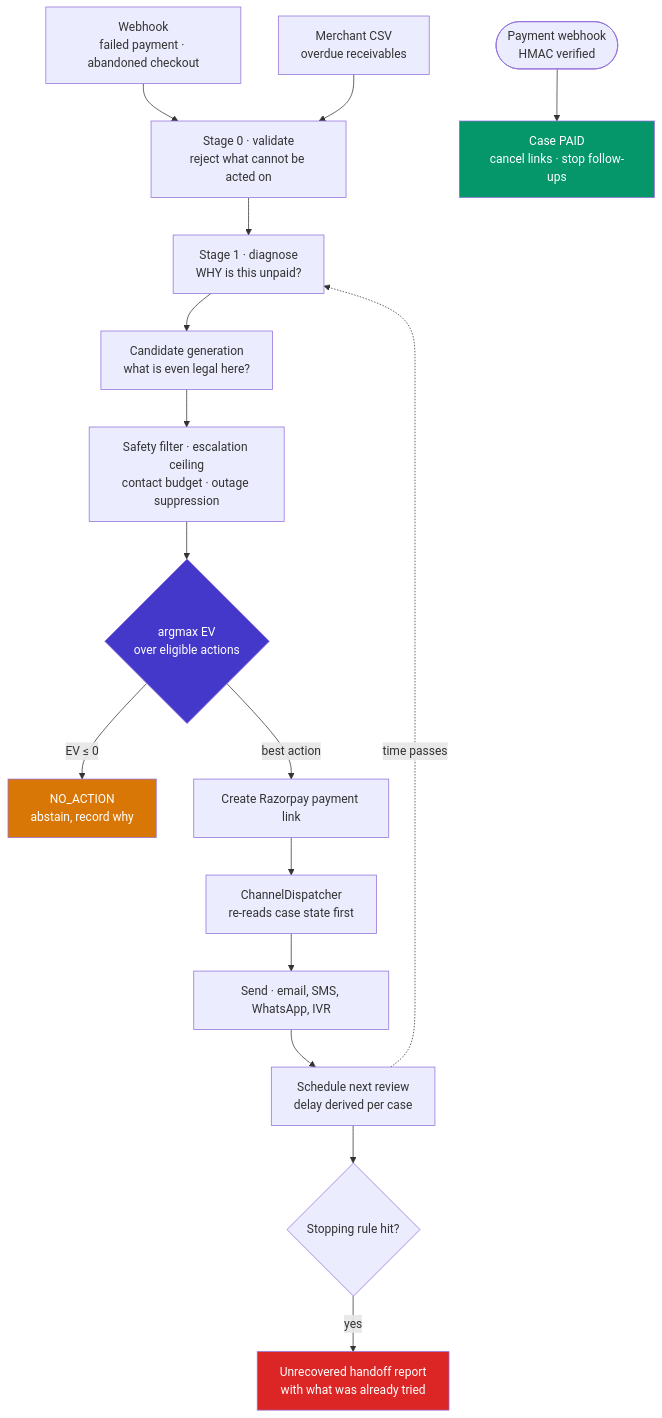
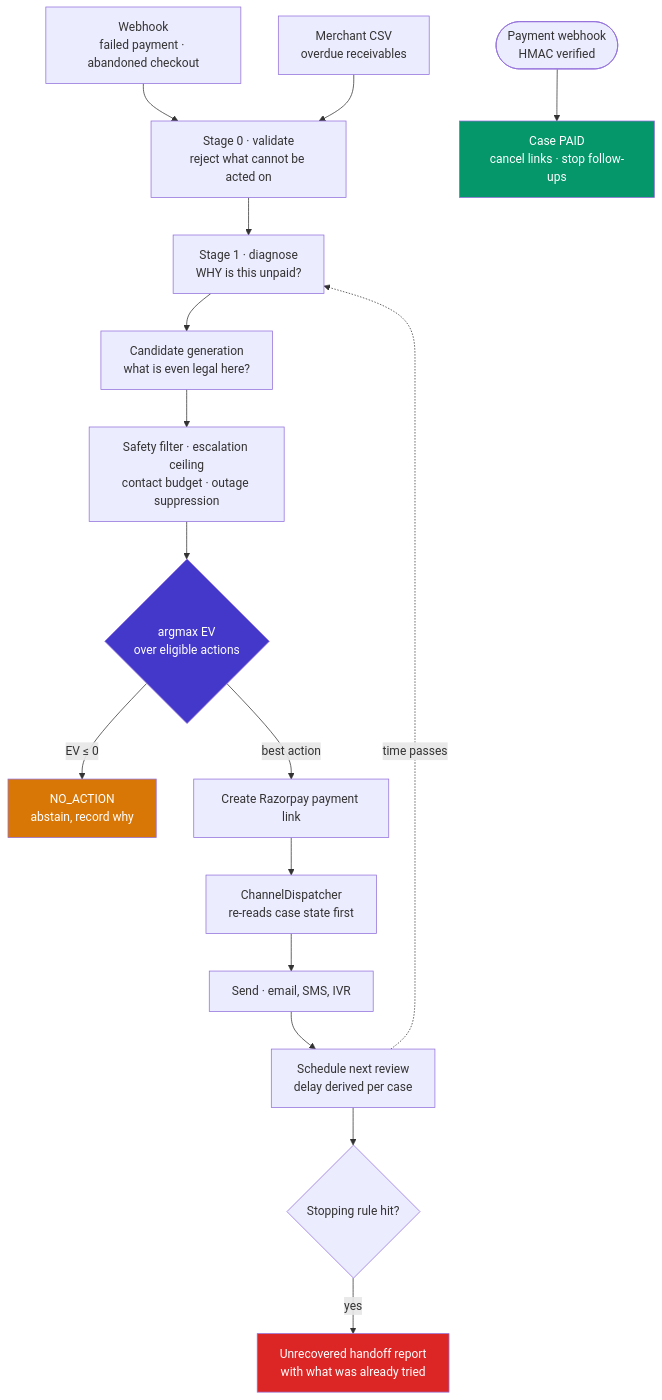
Before and after one commit to Sushanth6363/Rzorpay: the first of 2 diagrams in README.md, drawn with Mermaid. The commit also changed other lines of this file and 1 other file, not shown here.

````diff
--- a/README.md
+++ b/README.md
@@ -99,24 +99,24 @@
 ```mermaid
 flowchart TD
     A["Webhook<br/>failed payment · abandoned checkout"] --> C
     B["Merchant CSV<br/>overdue receivables"] --> C
     C["Stage 0 · validate<br/>reject what cannot be acted on"] --> D
     D["Stage 1 · diagnose<br/>WHY is this unpaid?"] --> E
     E["Candidate generation<br/>what is even legal here?"] --> F
     F["Safety filter · escalation ceiling<br/>contact budget · outage suppression"] --> G
     G{"argmax EV<br/>over eligible actions"}
     G -->|"EV ≤ 0"| H["NO_ACTION<br/>abstain, record why"]
     G -->|"best action"| I["Create Razorpay payment link"]
     I --> J["ChannelDispatcher<br/>re-reads case state first"]
-    J --> K["Send · email, SMS, WhatsApp, IVR"]
+    J --> K["Send · email, SMS, IVR"]
     K --> L["Schedule next review<br/>delay derived per case"]
     L -.->|"time passes"| D
     M(["Payment webhook<br/>HMAC verified"]) --> N["Case PAID<br/>cancel links · stop follow-ups"]
     L --> O{"Stopping rule hit?"}
     O -->|"yes"| P["Unrecovered handoff report<br/>with what was already tried"]
 
     style G fill:#4338CA,color:#fff
     style N fill:#059669,color:#fff
     style H fill:#D97706,color:#fff
     style P fill:#DC2626,color:#fff
 ```
````
